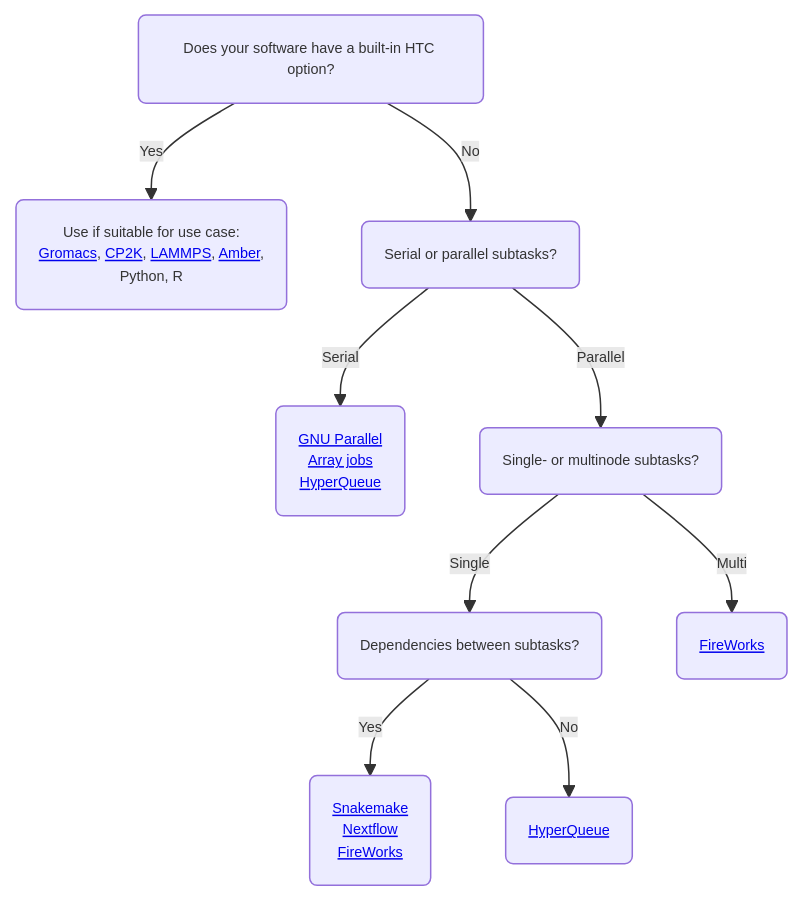
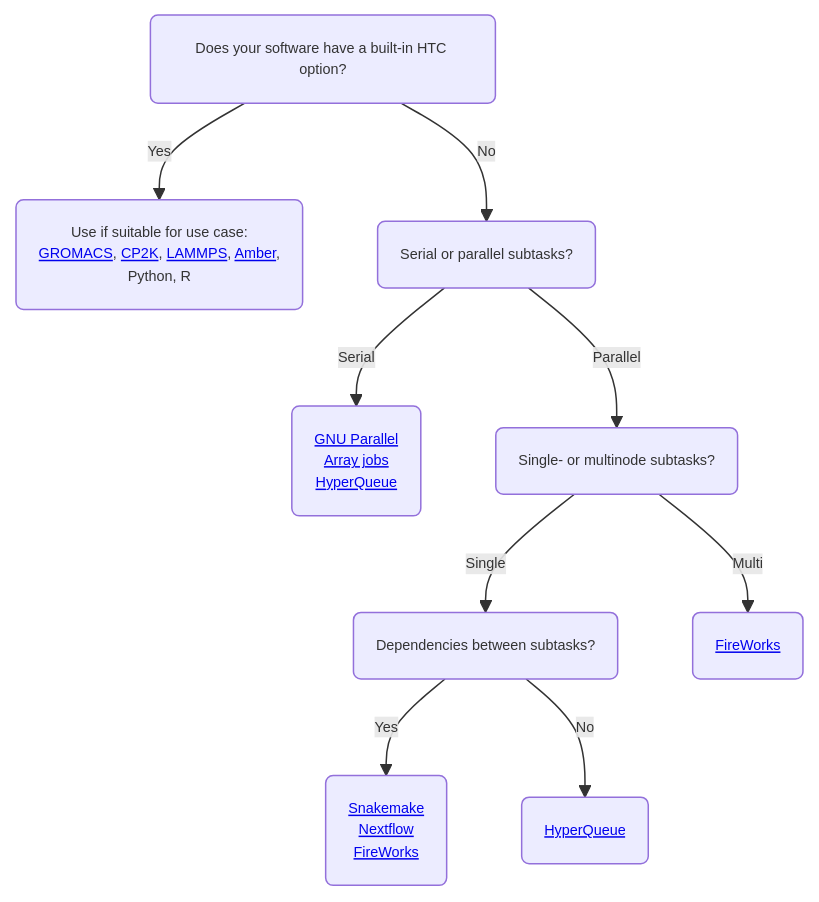
One commit to CSCfi/csc-user-guide changed the first of 2 diagrams in docs/computing/running/throughput.md. Above: the diagram before and after it, drawn with Mermaid. The commit also changed other lines of this file and 11 other files, not shown here.

````diff
--- a/docs/computing/running/throughput.md
+++ b/docs/computing/running/throughput.md
@@ -53,12 +53,12 @@
 ```mermaid
 %%{init: {'theme': 'default', 'themeVariables': { 'fontSize': '0.6rem'}}}%%
 graph TD
-    C(Does your software have a built-in HTC option?) -->|Yes| D("Use if suitable for use case:<br><a href='/support/tutorials/gromacs-throughput/'>Gromacs</a>, <a href='/apps/cp2k/#high-throughput-computing-with-cp2k'>CP2K</a>, <a href='/apps/lammps/#high-throughput-computing-with-lammps'>LAMMPS</a>, <a href='/apps/amber/#high-throughput-computing-with-amber'>Amber</a>,<br> Python, R ")
+    C(Does your software have a built-in HTC option?) -->|Yes| D("Use if suitable for use case:<br><a href='/support/tutorials/gromacs-throughput/'>GROMACS</a>, <a href='/apps/cp2k/#high-throughput-computing-with-cp2k'>CP2K</a>, <a href='/apps/lammps/#high-throughput-computing-with-lammps'>LAMMPS</a>, <a href='/apps/amber/#high-throughput-computing-with-amber'>Amber</a>,<br> Python, R ")
     C -->|No| E(Serial or parallel subtasks?)
     E -->|Serial| F(<a href='/support/tutorials/many/'>GNU Parallel</a><br><a href='/computing/running/array-jobs/'>Array jobs</a><br><a href='/apps/hyperqueue/'>HyperQueue</a>)
     E -->|Parallel| G(Single- or multinode subtasks?)
     G -->|Single| H(Dependencies between subtasks?)
     G -->|Multi| I(<a href='/computing/running/fireworks/'>FireWorks</a>)
     H -->|Yes| J(<a href='https://snakemake.readthedocs.io/en/stable/'>Snakemake</a><br><a href='/support/tutorials/nextflow-puhti/'>Nextflow</a><br><a href='/computing/running/fireworks/'>FireWorks</a>)
     H -->|No| K(<a href='/apps/hyperqueue/'>HyperQueue</a>)
 ```
````
